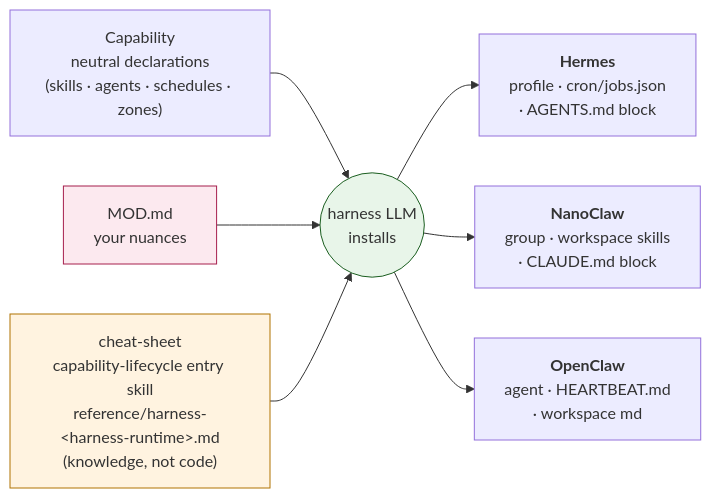
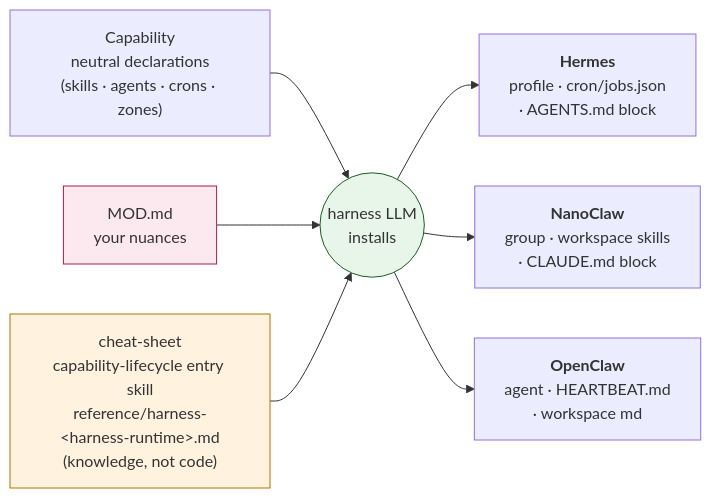
One commit to AlmogBaku/aos changed the fourth of 4 diagrams in ARCHITECTURE.md. Above: the diagram before and after it, drawn with Mermaid. The commit also changed other lines of this file and 6 other files, not shown here.

````diff
--- a/ARCHITECTURE.md
+++ b/ARCHITECTURE.md
@@ -476,13 +477,13 @@
 ```mermaid
 flowchart LR
-    CAP["Capability<br/>neutral declarations<br/>(skills · agents · schedules · zones)"] --> LLM(("harness LLM<br/>installs"))
+    CAP["Capability<br/>neutral declarations<br/>(skills · agents · crons · zones)"] --> LLM(("harness LLM<br/>installs"))
     MOD["MOD.md<br/>your nuances"] --> LLM
     CS["cheat-sheet<br/>capability-lifecycle entry skill<br/>reference/harness-&lt;harness-runtime&gt;.md<br/>(knowledge, not code)"] --> LLM
     LLM --> H1["<b>Hermes</b><br/>profile · cron/jobs.json<br/>· AGENTS.md block"]
     LLM --> H2["<b>NanoClaw</b><br/>group · workspace skills<br/>· CLAUDE.md block"]
     LLM --> H3["<b>OpenClaw</b><br/>agent · HEARTBEAT.md<br/>· workspace md"]
 
     style LLM fill:#E8F5E9,stroke:#1B5E20
     style CS fill:#FFF3E0,stroke:#B07300
     style MOD fill:#FCE9EF,stroke:#A61E4D
 ```
````
